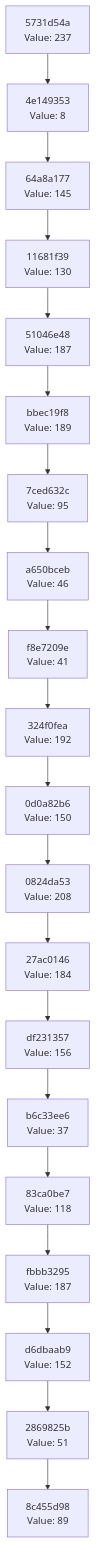
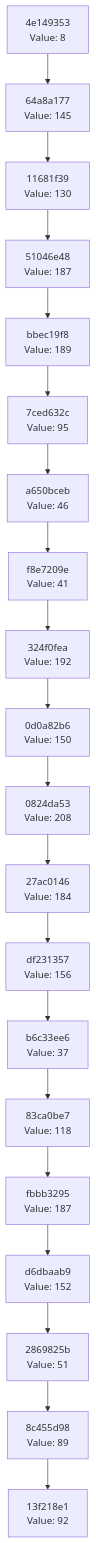
One commit to Abhisheksinha1506/hash-chain-evolver changed the diagram in docs/CHAIN_VISUALIZATION.md. Above: the diagram before and after it, drawn with Mermaid. The commit also changed 3 other files, not shown here.

````diff
--- a/docs/CHAIN_VISUALIZATION.md
+++ b/docs/CHAIN_VISUALIZATION.md
@@ -3,42 +3,42 @@
 ```mermaid
 graph TD
-    C0["8c455d98<br/>Value: 89"]
-    C1["2869825b<br/>Value: 51"]
+    C0["13f218e1<br/>Value: 92"]
+    C1["8c455d98<br/>Value: 89"]
     C1 --> C0
-    C2["d6dbaab9<br/>Value: 152"]
+    C2["2869825b<br/>Value: 51"]
     C2 --> C1
-    C3["fbbb3295<br/>Value: 187"]
+    C3["d6dbaab9<br/>Value: 152"]
     C3 --> C2
-    C4["83ca0be7<br/>Value: 118"]
+    C4["fbbb3295<br/>Value: 187"]
     C4 --> C3
-    C5["b6c33ee6<br/>Value: 37"]
+    C5["83ca0be7<br/>Value: 118"]
     C5 --> C4
-    C6["df231357<br/>Value: 156"]
+    C6["b6c33ee6<br/>Value: 37"]
     C6 --> C5
-    C7["27ac0146<br/>Value: 184"]
+    C7["df231357<br/>Value: 156"]
     C7 --> C6
-    C8["0824da53<br/>Value: 208"]
+    C8["27ac0146<br/>Value: 184"]
     C8 --> C7
-    C9["0d0a82b6<br/>Value: 150"]
+    C9["0824da53<br/>Value: 208"]
     C9 --> C8
-    C10["324f0fea<br/>Value: 192"]
+    C10["0d0a82b6<br/>Value: 150"]
     C10 --> C9
-    C11["f8e7209e<br/>Value: 41"]
+    C11["324f0fea<br/>Value: 192"]
     C11 --> C10
-    C12["a650bceb<br/>Value: 46"]
+    C12["f8e7209e<br/>Value: 41"]
     C12 --> C11
-    C13["7ced632c<br/>Value: 95"]
+    C13["a650bceb<br/>Value: 46"]
     C13 --> C12
-    C14["bbec19f8<br/>Value: 189"]
+    C14["7ced632c<br/>Value: 95"]
     C14 --> C13
-    C15["51046e48<br/>Value: 187"]
+    C15["bbec19f8<br/>Value: 189"]
     C15 --> C14
-    C16["11681f39<br/>Value: 130"]
+    C16["51046e48<br/>Value: 187"]
     C16 --> C15
-    C17["64a8a177<br/>Value: 145"]
+    C17["11681f39<br/>Value: 130"]
     C17 --> C16
-    C18["4e149353<br/>Value: 8"]
+    C18["64a8a177<br/>Value: 145"]
     C18 --> C17
-    C19["5731d54a<br/>Value: 237"]
+    C19["4e149353<br/>Value: 8"]
     C19 --> C18
 ```
````
